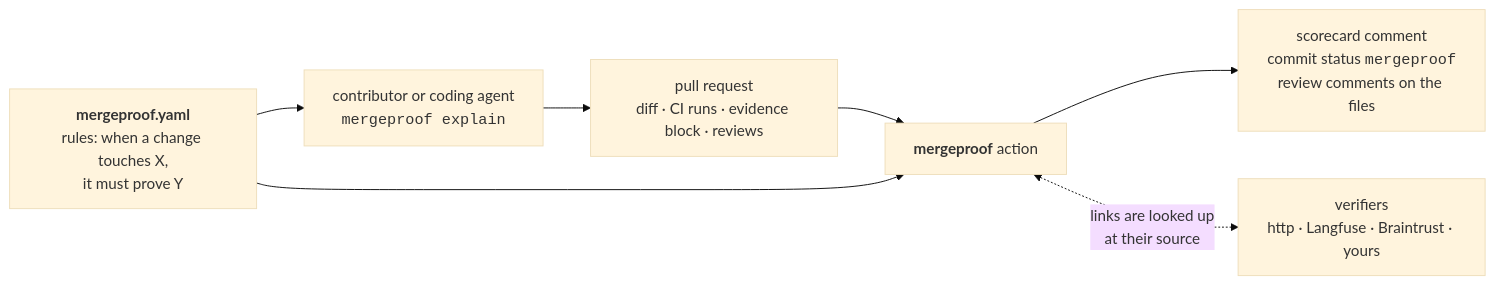
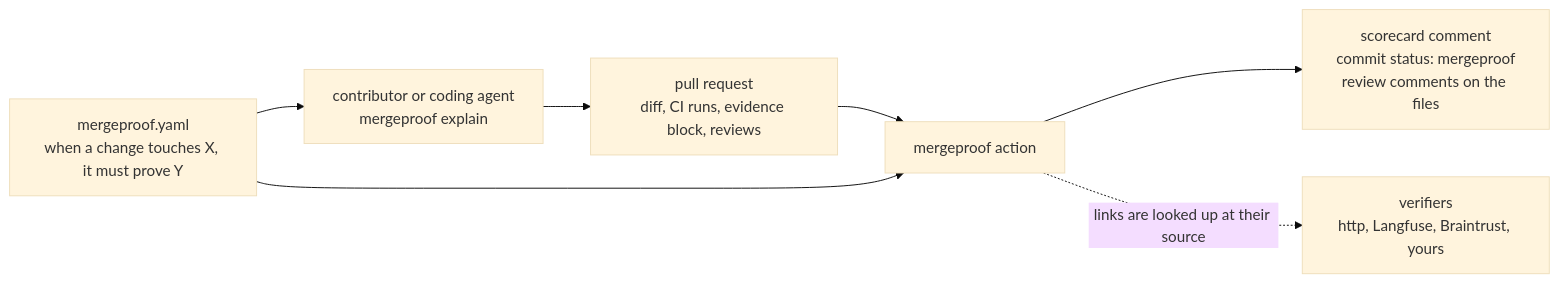
The diagram in README.md (Aryamanz29/mergeproof), drawn with Mermaid (base theme) before and after one commit. The commit also changed 2 other files, not shown here.

Commit message:
docs(readme): size screenshots to their content; plain-text mermaid labels

````diff
--- a/README.md
+++ b/README.md
@@ -38,13 +38,13 @@
 ```mermaid
 flowchart LR
-    policy["<b>mergeproof.yaml</b><br/>rules: when a change touches X,<br/>it must prove Y"]
-    agent["contributor or coding agent<br/><code>mergeproof explain</code>"]
-    pr["pull request<br/>diff · CI runs · evidence block · reviews"]
-    gate["<b>mergeproof</b> action"]
-    verifiers["verifiers<br/>http · Langfuse · Braintrust · yours"]
-    out["scorecard comment<br/>commit status <code>mergeproof</code><br/>review comments on the files"]
+    policy["mergeproof.yaml<br/>when a change touches X, it must prove Y"]
+    agent["contributor or coding agent<br/>mergeproof explain"]
+    pr["pull request<br/>diff, CI runs, evidence block, reviews"]
+    gate["mergeproof action"]
+    verifiers["verifiers<br/>http, Langfuse, Braintrust, yours"]
+    out["scorecard comment<br/>commit status: mergeproof<br/>review comments on the files"]
 
     policy --> agent --> pr --> gate --> out
     policy --> gate
-    gate <-.->|links are looked up<br/>at their source| verifiers
+    gate -. links are looked up at their source .-> verifiers
 ```
````
